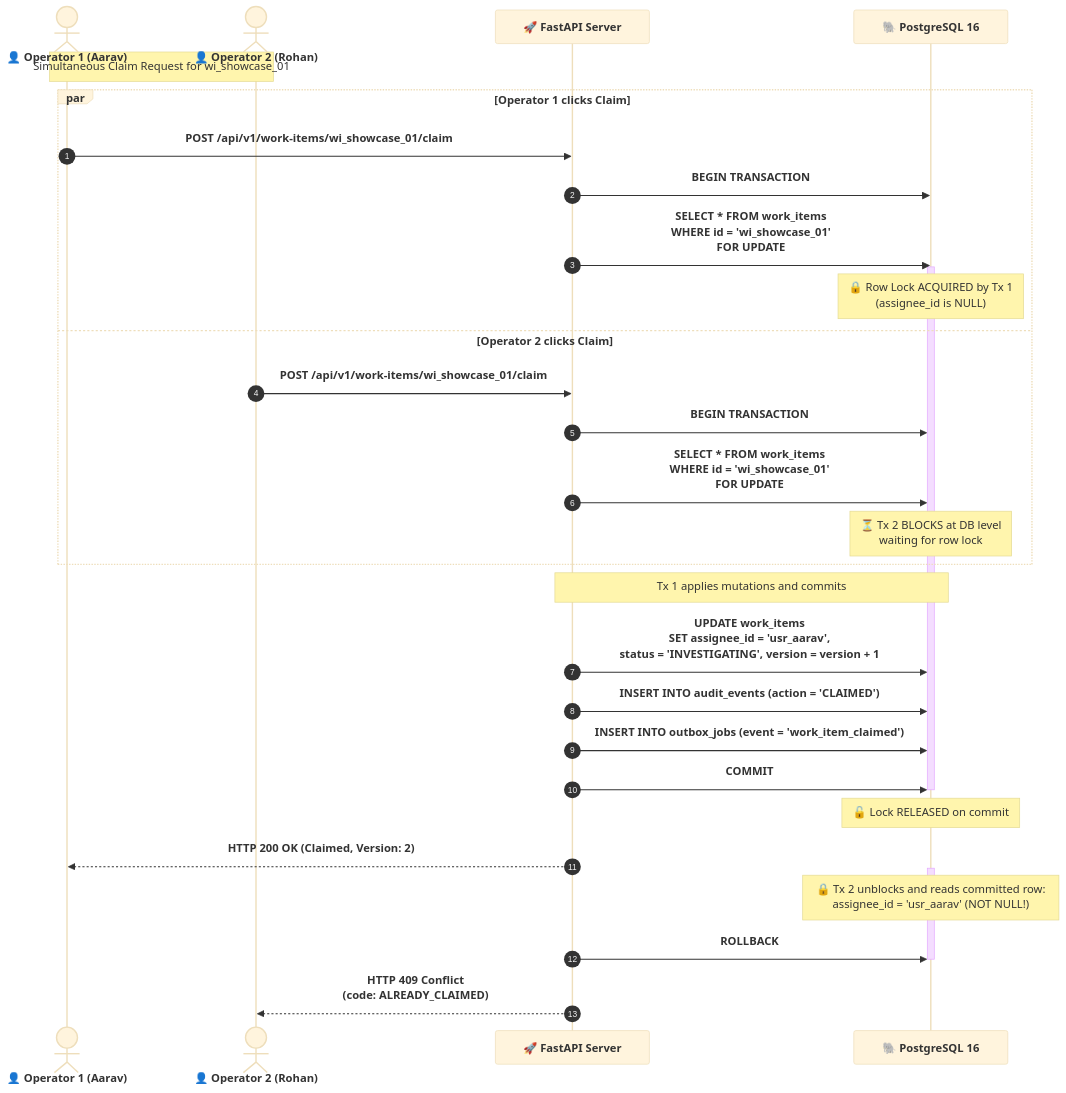
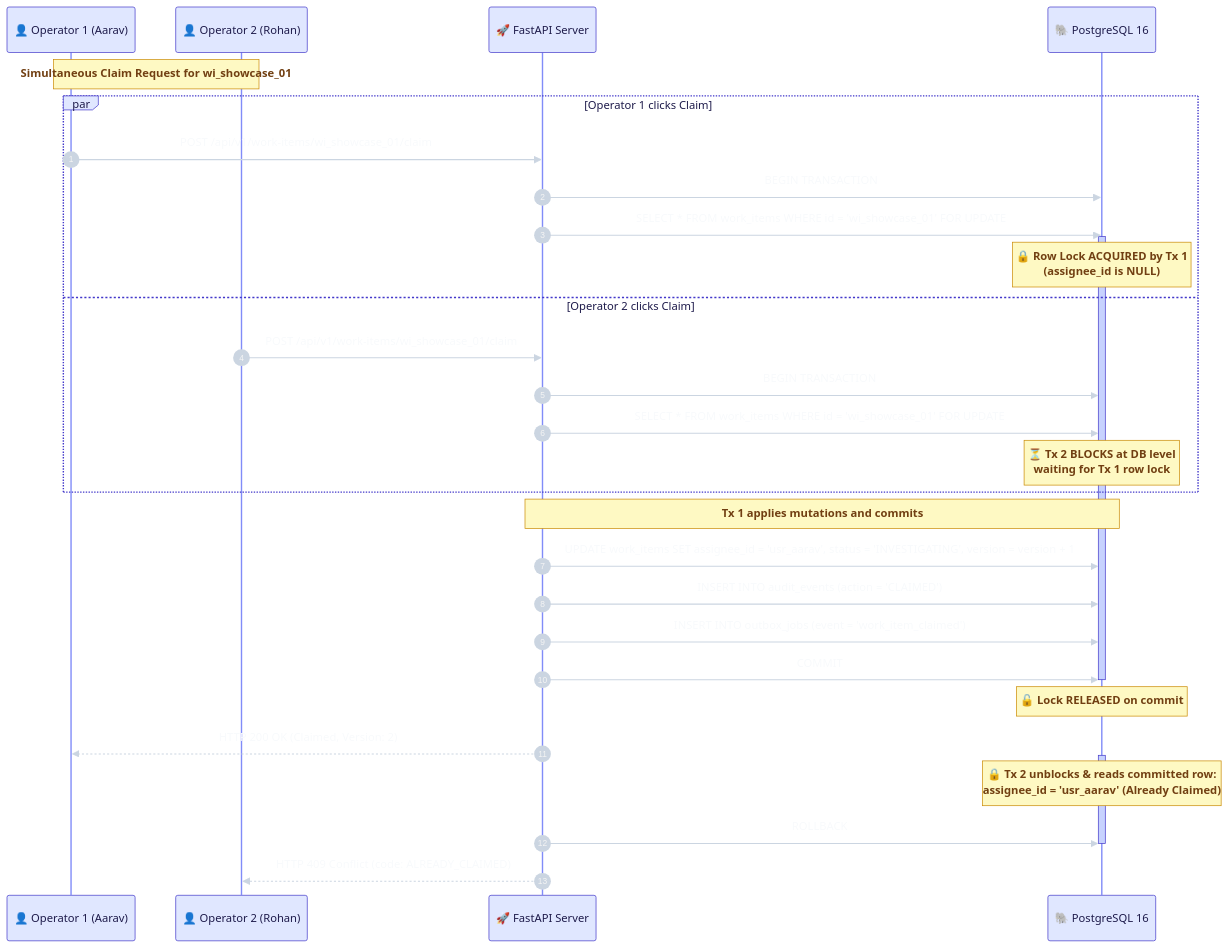
One commit to matrix-1407/OpsPulse-Newtonite changed the third of 6 diagrams in README.md. Above: the diagram before and after it, drawn with Mermaid. The commit also changed other lines of this file and 1 other file, not shown here.

Commit message:
docs: improve readability, colors and fix Mermaid parse errors in diagrams

````diff
--- a/README.md
+++ b/README.md
@@ -160,57 +185,66 @@
 ```mermaid
 %%{init: {
   'theme': 'base',
   'themeVariables': {
-    'fontFamily': 'Inter, -apple-system, BlinkMacSystemFont, Segoe UI, Roboto, sans-serif'
-  },
-  'sequence': {
-    'actorFontSize': 17,
+    'fontFamily': 'Inter, system-ui, -apple-system, sans-serif',
+    'actorFontSize': 15,
     'actorFontWeight': 700,
-    'noteFontSize': 15,
+    'actorBkg': '#e0e7ff',
+    'actorBorder': '#4338ca',
+    'actorTextColor': '#1e1b4b',
+    'actorLineColor': '#818cf8',
+    'signalColor': '#cbd5e1',
+    'signalTextColor': '#f8fafc',
+    'messageFontSize': 14,
+    'messageFontWeight': 600,
+    'noteFontSize': 13,
     'noteFontWeight': 600,
-    'messageFontSize': 15,
-    'messageFontWeight': 600,
+    'noteBkgColor': '#fef9c3',
+    'noteBorderColor': '#ca8a04',
+    'noteTextColor': '#713f12',
+    'activationBkgColor': '#c7d2fe',
+    'activationBorderColor': '#4338ca',
     'width': 220,
     'height': 48,
     'boxMargin': 12,
     'messageMargin': 35
   }
 }}%%
 sequenceDiagram
     autonumber
-    actor Op1 as 👤 Operator 1 (Aarav)
-    actor Op2 as 👤 Operator 2 (Rohan)
+    participant Op1 as 👤 Operator 1 (Aarav)
+    participant Op2 as 👤 Operator 2 (Rohan)
     participant API as 🚀 FastAPI Server
     participant DB as 🐘 PostgreSQL 16
 
     Note over Op1, Op2: Simultaneous Claim Request for wi_showcase_01
     par Operator 1 clicks Claim
         Op1->>API: POST /api/v1/work-items/wi_showcase_01/claim
-        API->>DB: BEGIN TRANSACTION;
-        API->>DB: SELECT * FROM work_items<br/>WHERE id = 'wi_showcase_01'<br/>FOR UPDATE;
+        API->>DB: BEGIN TRANSACTION
+        API->>DB: SELECT * FROM work_items WHERE id = 'wi_showcase_01' FOR UPDATE
         activate DB
         Note over DB: 🔒 Row Lock ACQUIRED by Tx 1<br/>(assignee_id is NULL)
     and Operator 2 clicks Claim
         Op2->>API: POST /api/v1/work-items/wi_showcase_01/claim
-        API->>DB: BEGIN TRANSACTION;
-        API->>DB: SELECT * FROM work_items<br/>WHERE id = 'wi_showcase_01'<br/>FOR UPDATE;
-        Note over DB: ⏳ Tx 2 BLOCKS at DB level<br/>waiting for row lock
+        API->>DB: BEGIN TRANSACTION
+        API->>DB: SELECT * FROM work_items WHERE id = 'wi_showcase_01' FOR UPDATE
+        Note over DB: ⏳ Tx 2 BLOCKS at DB level<br/>waiting for Tx 1 row lock
     end
 
     Note over API, DB: Tx 1 applies mutations and commits
-    API->>DB: UPDATE work_items<br/>SET assignee_id = 'usr_aarav',<br/>status = 'INVESTIGATING', version = version + 1;
-    API->>DB: INSERT INTO audit_events (action = 'CLAIMED');
-    API->>DB: INSERT INTO outbox_jobs (event = 'work_item_claimed');
-    API->>DB: COMMIT;
+    API->>DB: UPDATE work_items SET assignee_id = 'usr_aarav', status = 'INVESTIGATING', version = version + 1
+    API->>DB: INSERT INTO audit_events (action = 'CLAIMED')
+    API->>DB: INSERT INTO outbox_jobs (event = 'work_item_claimed')
+    API->>DB: COMMIT
     deactivate DB
     Note over DB: 🔓 Lock RELEASED on commit
 
     API-->>Op1: HTTP 200 OK (Claimed, Version: 2)
 
     activate DB
-    Note over DB: 🔒 Tx 2 unblocks and reads committed row:<br/>assignee_id = 'usr_aarav' (NOT NULL!)
-    API->>DB: ROLLBACK;
+    Note over DB: 🔒 Tx 2 unblocks & reads committed row:<br/>assignee_id = 'usr_aarav' (Already Claimed)
+    API->>DB: ROLLBACK
     deactivate DB
 
-    API-->>Op2: HTTP 409 Conflict<br/>(code: ALREADY_CLAIMED)
+    API-->>Op2: HTTP 409 Conflict (code: ALREADY_CLAIMED)
 ```
````
